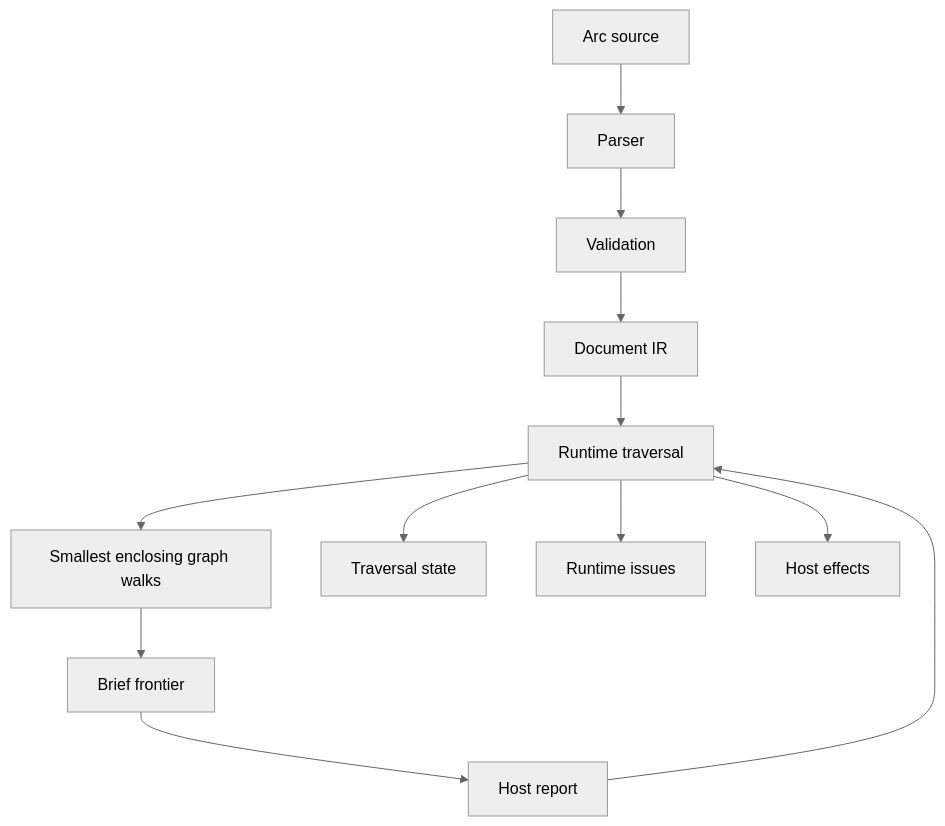
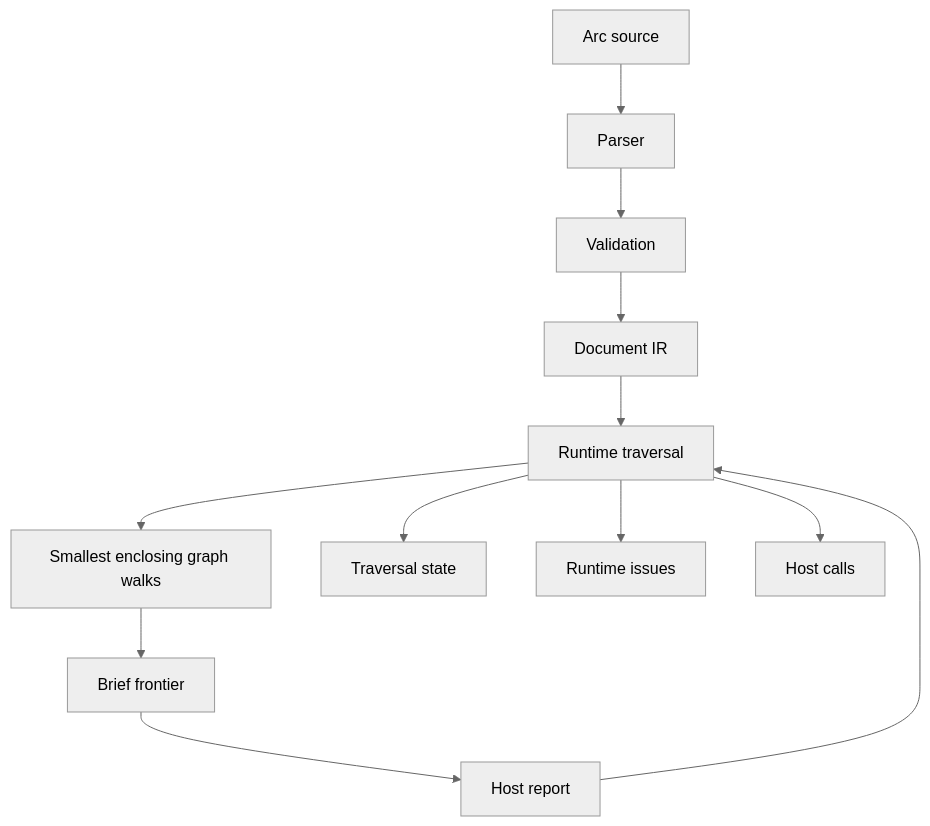
The diagram in specs/internal-semantics.md (elem-app/arc), drawn with Mermaid (neutral theme) before and after one commit. The commit also changed other lines of this file and 38 other files, not shown here.

````diff
--- a/specs/internal-semantics.md
+++ b/specs/internal-semantics.md
@@ -5,14 +5,14 @@
 ```mermaid
 graph TD
   Source[Arc source] --> Parser[Parser]
   Parser --> Validation[Validation]
   Validation --> IR[Document IR]
   IR --> Runtime[Runtime traversal]
   Runtime --> SEG[Smallest enclosing graph walks]
   SEG --> Brief[Brief frontier]
   Brief --> Host[Host report]
   Host --> Runtime
   Runtime --> State[Traversal state]
   Runtime --> Issues[Runtime issues]
-  Runtime --> Effects[Host effects]
+  Runtime --> Calls[Host calls]
 ```
````
